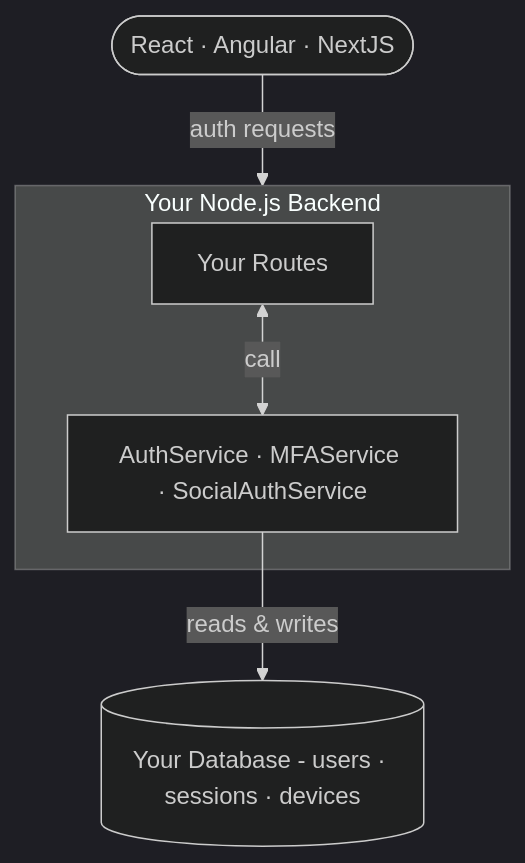
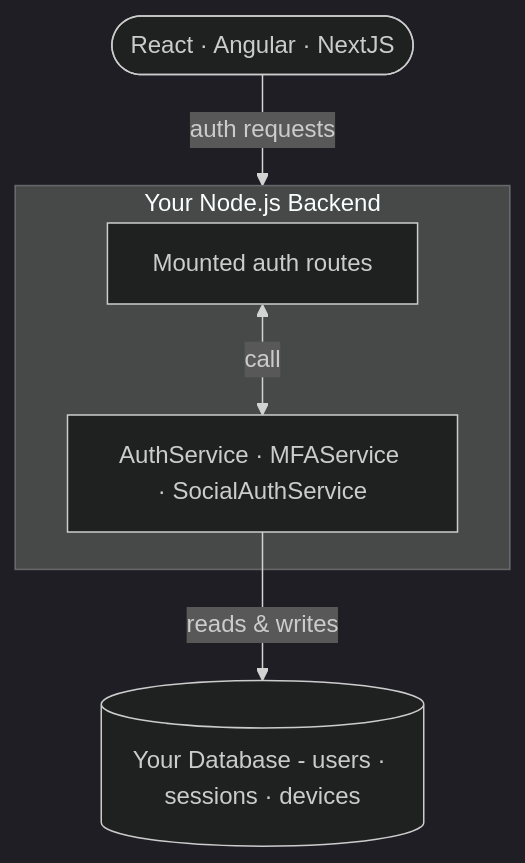
The first of 2 diagrams in nauth-docs/docs/concepts/how-it-works.md (noorixorg/nauth-toolkit), drawn with Mermaid (dark theme) before and after one commit. The commit also changed other lines of this file and 110 other files, not shown here.

````diff
--- a/nauth-docs/docs/concepts/how-it-works.md
+++ b/nauth-docs/docs/concepts/how-it-works.md
@@ -19,15 +19,15 @@
 ```mermaid
 graph TB
     FE(["React · Angular · NextJS"])
 
     subgraph BE["Your Node.js Backend"]
-        Routes["Your Routes"]
+        Routes["Mounted auth routes"]
         NAuth["AuthService · MFAService · SocialAuthService"]
         Routes <-->|call| NAuth
     end
 
     DB[("Your Database - users · sessions · devices")]
 
     FE -->|"auth requests"| BE
     NAuth -->|"reads & writes"| DB
 ```
````
